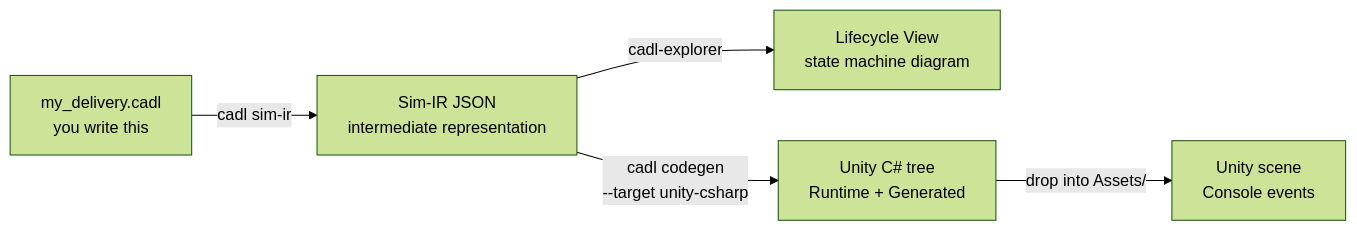
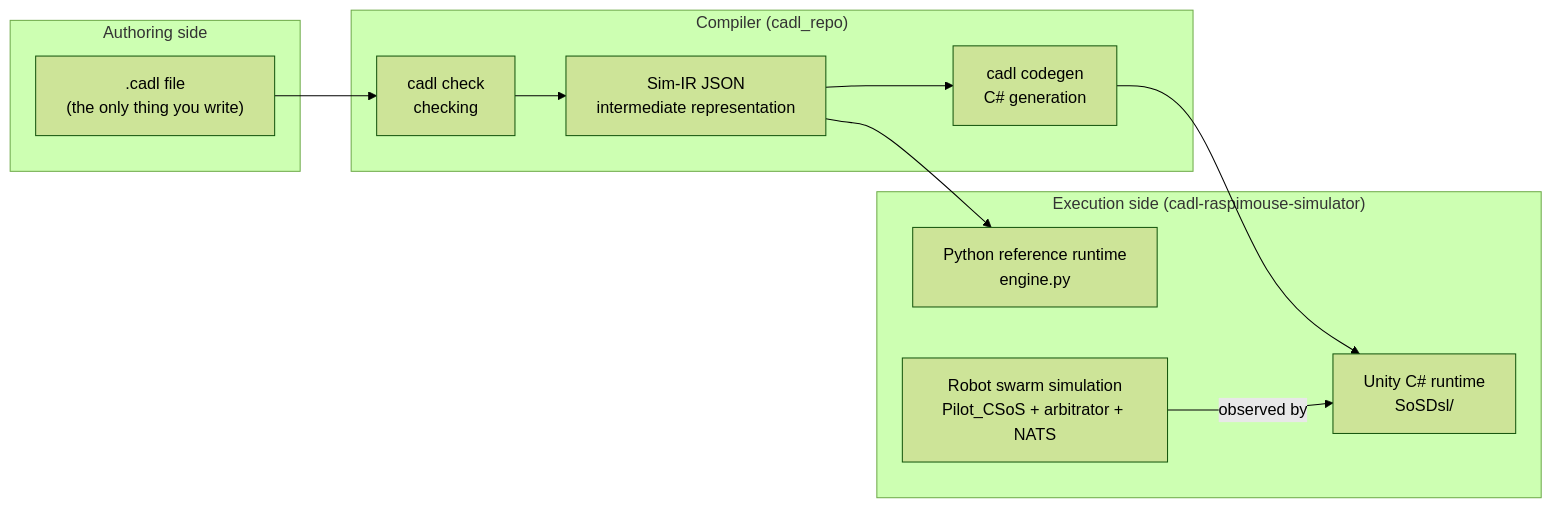
One commit to ertlnagoya/cadl-spec changed the diagram in docs/textbook/02-toolchain-setup.md. Above: the diagram before and after it, drawn with Mermaid (forest theme). The commit also changed other lines of this file and 7 other files, not shown here.

````diff
--- a/docs/textbook/02-toolchain-setup.md
+++ b/docs/textbook/02-toolchain-setup.md
@@ -45,12 +49,20 @@
 ```mermaid
 flowchart LR
-  CADL[my_delivery.cadl<br/>you write this]
-  IR[Sim-IR JSON<br/>intermediate representation]
-  EXPL[Lifecycle View<br/>state machine diagram]
-  CSH[Unity C# tree<br/>Runtime + Generated]
-  UNITY[Unity scene<br/>Console events]
-  CADL -->|cadl sim-ir| IR
-  IR -->|cadl-explorer| EXPL
-  IR -->|cadl codegen<br/>--target unity-csharp| CSH
-  CSH -->|drop into Assets/| UNITY
+  subgraph A["Authoring side"]
+    CADL[".cadl file<br/>(the only thing you write)"]
+  end
+  subgraph B["Compiler (cadl_repo)"]
+    CHECK[cadl check<br/>checking]
+    IR["Sim-IR JSON<br/>intermediate representation"]
+    GEN[cadl codegen<br/>C# generation]
+  end
+  subgraph C["Execution side (cadl-raspimouse-simulator)"]
+    PY["Python reference runtime<br/>engine.py"]
+    UN["Unity C# runtime<br/>SoSDsl/"]
+    SIM["Robot swarm simulation<br/>Pilot_CSoS + arbitrator + NATS"]
+  end
+  CADL --> CHECK --> IR
+  IR --> PY
+  IR --> GEN --> UN
+  SIM -->|observed by| UN
 ```
````
